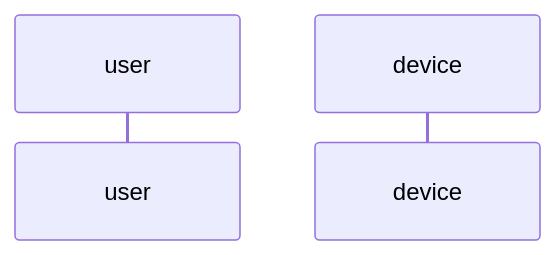
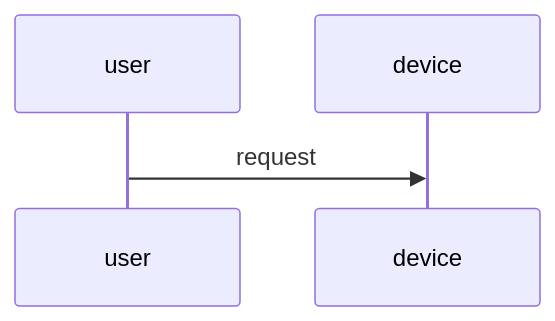
Before and after one commit to early-dew/FullStackOpen: the diagram in Part0.md, drawn with Mermaid.

````diff
--- a/Part0.md
+++ b/Part0.md
@@ -1,5 +1,6 @@
 ```mermaid
 sequenceDiagram
  participant user
  participant device
+ user->>device:request
 ```
````
